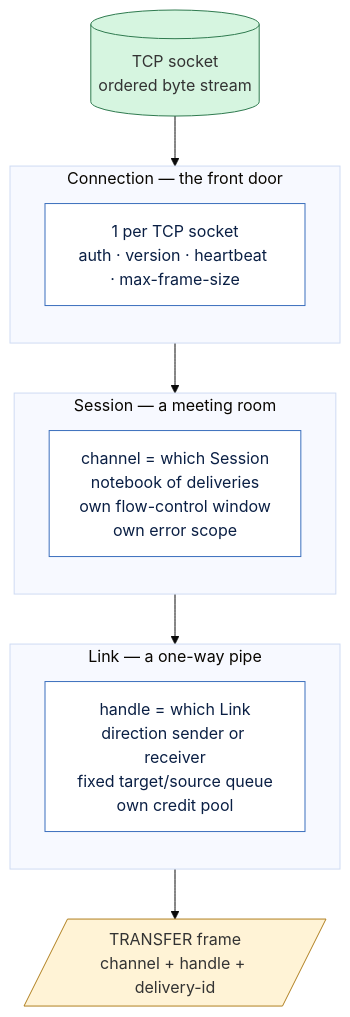
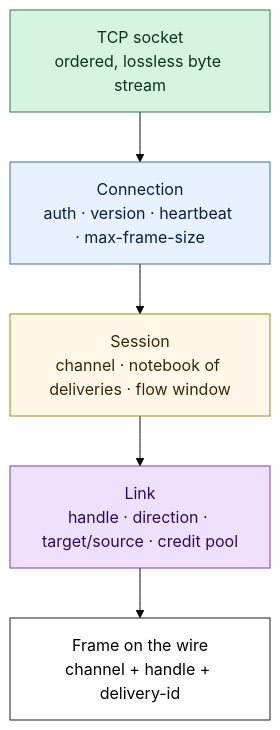
Before and after one commit to sidanacode/Azure-Service-Bus: the second of 4 diagrams in 04 - AMQP Transport Layer/AMQP Transport Layer.md, drawn with Mermaid (base theme). The commit also changed other lines of this file, not shown here.

Commit message:
Simplify Section 4 four-layer flow diagram
The previous nested-subgraph version tried to show containment +
multiple Sessions + Link emission to wire all in one picture and
became cluttered. Replaced with the original simple linear arrow
flow (TCP → Connection → Session → Link → Frame), each box one
short line, plus a compact identifier table.

````diff
--- a/04 - AMQP Transport Layer/AMQP Transport Layer.md
+++ b/04 - AMQP Transport Layer/AMQP Transport Layer.md
@@ -36,27 +36,16 @@
 ```mermaid
 flowchart TB
-    TCP[(TCP socket<br/>ordered byte stream)]:::tcp
-
-    subgraph CONN[Connection — the front door]
-        direction TB
-        CON_DESC[1 per TCP socket<br/>auth · version · heartbeat · max-frame-size]:::desc
-    end
-
-    subgraph SESS[Session — a meeting room]
-        direction TB
-        SESS_DESC[channel = which Session<br/>notebook of deliveries<br/>own flow-control window<br/>own error scope]:::desc
-    end
-
-    subgraph LNK[Link — a one-way pipe]
-        direction TB
-        LNK_DESC[handle = which Link<br/>direction sender or receiver<br/>fixed target/source queue<br/>own credit pool]:::desc
-    end
-
-    FR[/TRANSFER frame<br/>channel + handle + delivery-id/]:::frame
+    TCP["TCP socket<br/>ordered, lossless byte stream"]:::tcp
+    CONN["Connection<br/>auth · version · heartbeat · max-frame-size"]:::conn
+    SESS["Session<br/>channel · notebook of deliveries · flow window"]:::sess
+    LNK["Link<br/>handle · direction · target/source · credit pool"]:::link
+    FR["Frame on the wire<br/>channel + handle + delivery-id"]:::frame
 
     TCP --> CONN --> SESS --> LNK --> FR
 
-    classDef tcp fill:#d6f5e0,stroke:#2f7a4f
-    classDef desc fill:#fff,stroke:#3b6fbd,color:#0a1f44
-    classDef frame fill:#fff3d6,stroke:#b07f1f
+    classDef tcp fill:#d6f5e0,stroke:#2f7a4f,color:#0d3320
+    classDef conn fill:#e8f1ff,stroke:#3b6fbd,color:#0a1f44
+    classDef sess fill:#fff8e8,stroke:#b07f1f,color:#3a2700
+    classDef link fill:#f0e0ff,stroke:#7a3fb0,color:#2a0d5a
+    classDef frame fill:#fff,stroke:#222,color:#000
 ```
````
